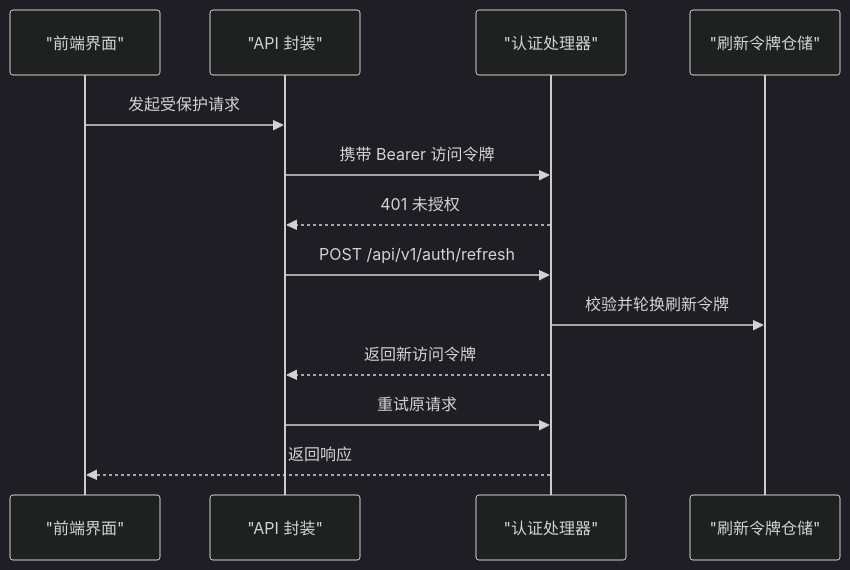
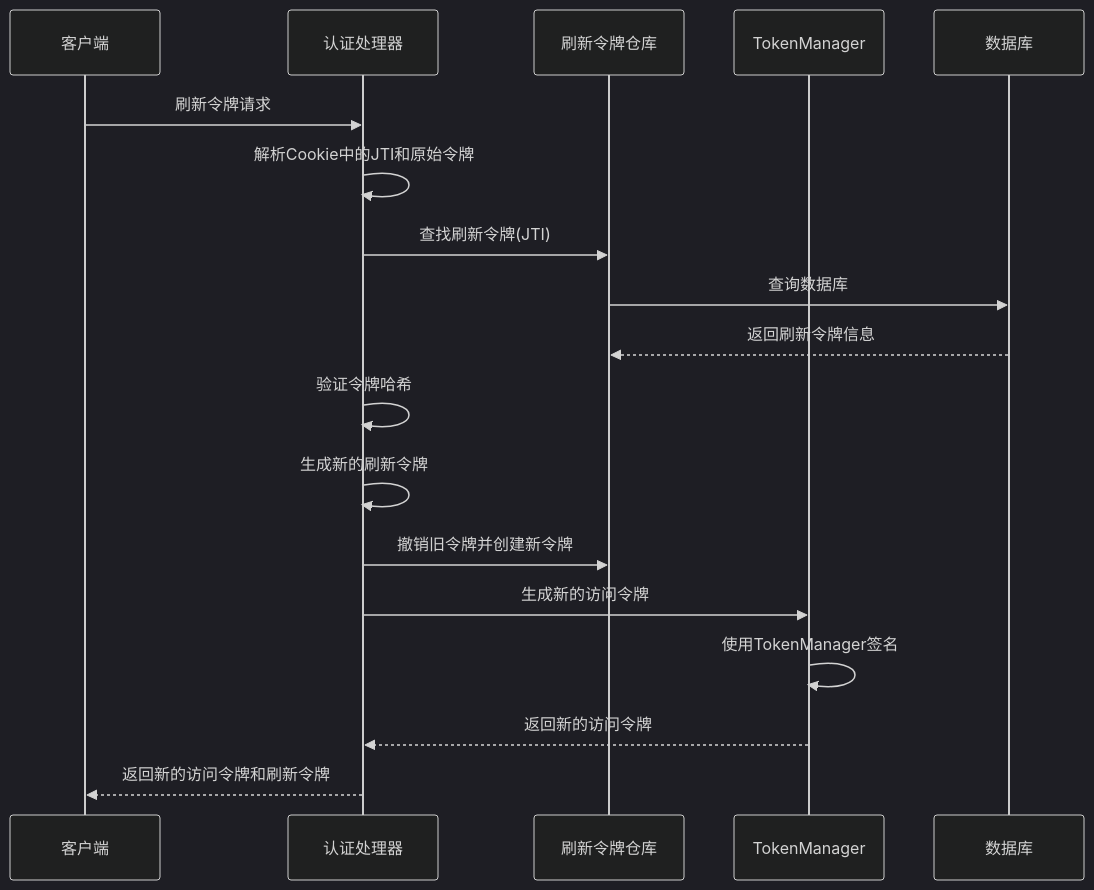
The seventh of 12 diagrams in docs/管理 API 系统/REST API 设计规范/认证授权机制.md (x01n/My-OpenWaf), drawn with Mermaid (dark theme) before and after one commit. The commit also changed other lines of this file and 199 other files, not shown here.

````diff
--- a/docs/管理 API 系统/REST API 设计规范/认证授权机制.md
+++ b/docs/管理 API 系统/REST API 设计规范/认证授权机制.md
@@ -321,15 +228,20 @@
 ```mermaid
 sequenceDiagram
-participant UI as "前端界面"
-participant API as "API 封装"
-participant AUTH as "认证处理器"
-participant RT as "刷新令牌仓储"
-UI->>API : 发起受保护请求
-API->>AUTH : 携带 Bearer 访问令牌
-AUTH-->>API : 401 未授权
-API->>AUTH : POST /api/v1/auth/refresh
-AUTH->>RT : 校验并轮换刷新令牌
-AUTH-->>API : 返回新访问令牌
-API->>AUTH : 重试原请求
-AUTH-->>UI : 返回响应
+participant Client as 客户端
+participant Auth as 认证处理器
+participant RTRepo as 刷新令牌仓库
+participant TM as TokenManager
+participant DB as 数据库
+Client->>Auth : 刷新令牌请求
+Auth->>Auth : 解析Cookie中的JTI和原始令牌
+Auth->>RTRepo : 查找刷新令牌(JTI)
+RTRepo->>DB : 查询数据库
+DB-->>RTRepo : 返回刷新令牌信息
+Auth->>Auth : 验证令牌哈希
+Auth->>Auth : 生成新的刷新令牌
+Auth->>RTRepo : 撤销旧令牌并创建新令牌
+Auth->>TM : 生成新的访问令牌
+TM->>TM : 使用TokenManager签名
+TM-->>Auth : 返回新的访问令牌
+Auth-->>Client : 返回新的访问令牌和刷新令牌
 ```
````
